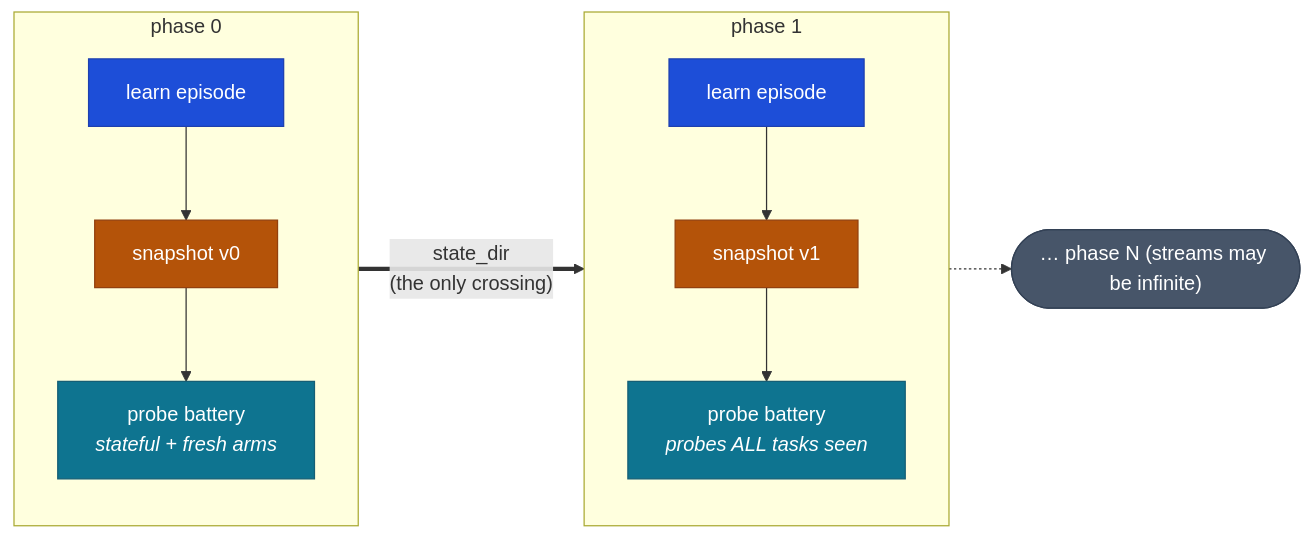
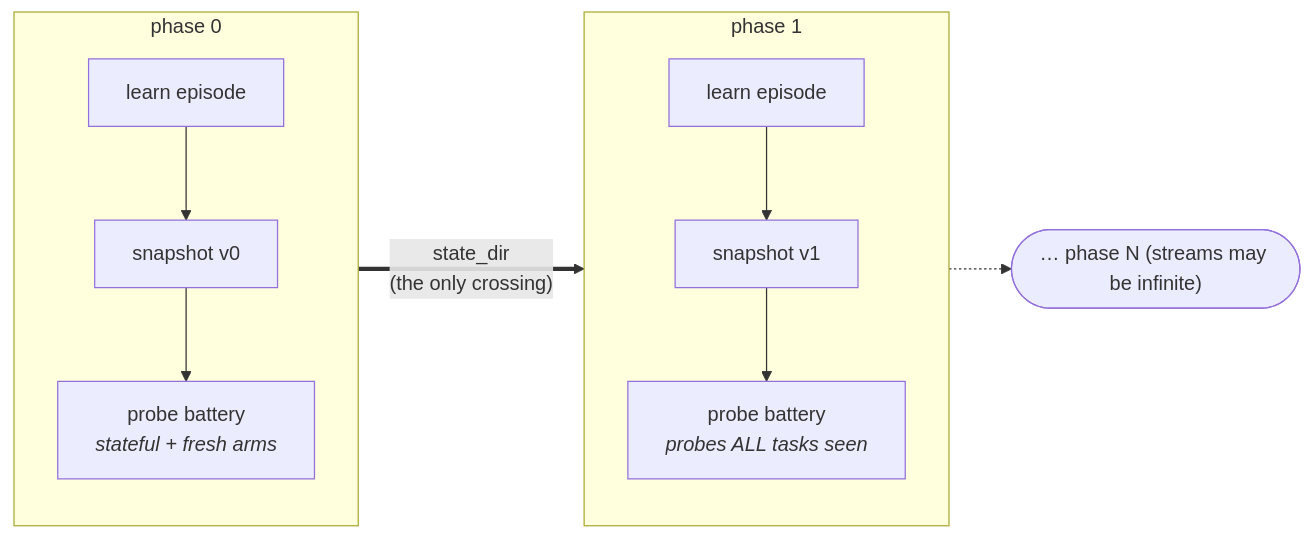
Before and after one commit to Human-Agent-Society/tide-eval: the fourth of 5 diagrams in README.md, drawn with Mermaid. The commit also changed other lines of this file and 2 other files, not shown here.

First line of the commit message:
Plain diagrams, e2e workflow with oracle gate

````diff
--- a/README.md
+++ b/README.md
@@ -182,25 +169,16 @@
 ```mermaid
-%%{init: {"flowchart": {"curve": "basis"}}}%%
 flowchart LR
     subgraph P0[" phase 0 "]
         direction TB
         L0[learn episode] --> S0["snapshot v0"]
         S0 --> B0["probe battery<br/><i>stateful + fresh arms</i>"]
     end
     subgraph P1[" phase 1 "]
         direction TB
         L1[learn episode] --> S1["snapshot v1"]
         S1 --> B1["probe battery<br/><i>probes ALL tasks seen</i>"]
     end
     S0 ==>|"state_dir<br/>(the only crossing)"| L1
     P1 -.-> more(["… phase N (streams may be infinite)"])
 
-    classDef learn fill:#1d4ed8,stroke:#1e40af,color:#ffffff
-    classDef snap fill:#b45309,stroke:#92400e,color:#ffffff
-    classDef probe fill:#0e7490,stroke:#155e75,color:#ffffff
-    classDef etc fill:#475569,stroke:#334155,color:#ffffff
-    class L0,L1 learn
-    class S0,S1 snap
-    class B0,B1 probe
-    class more etc
 ```
````
